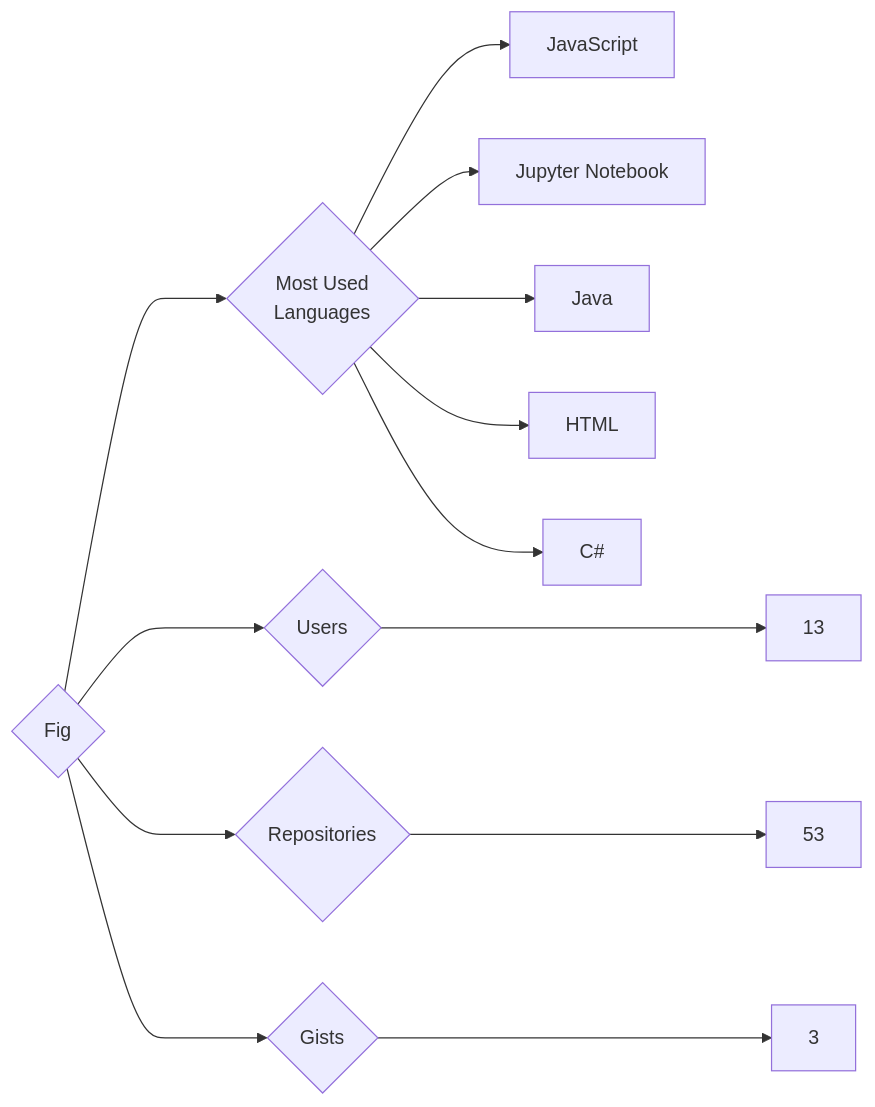
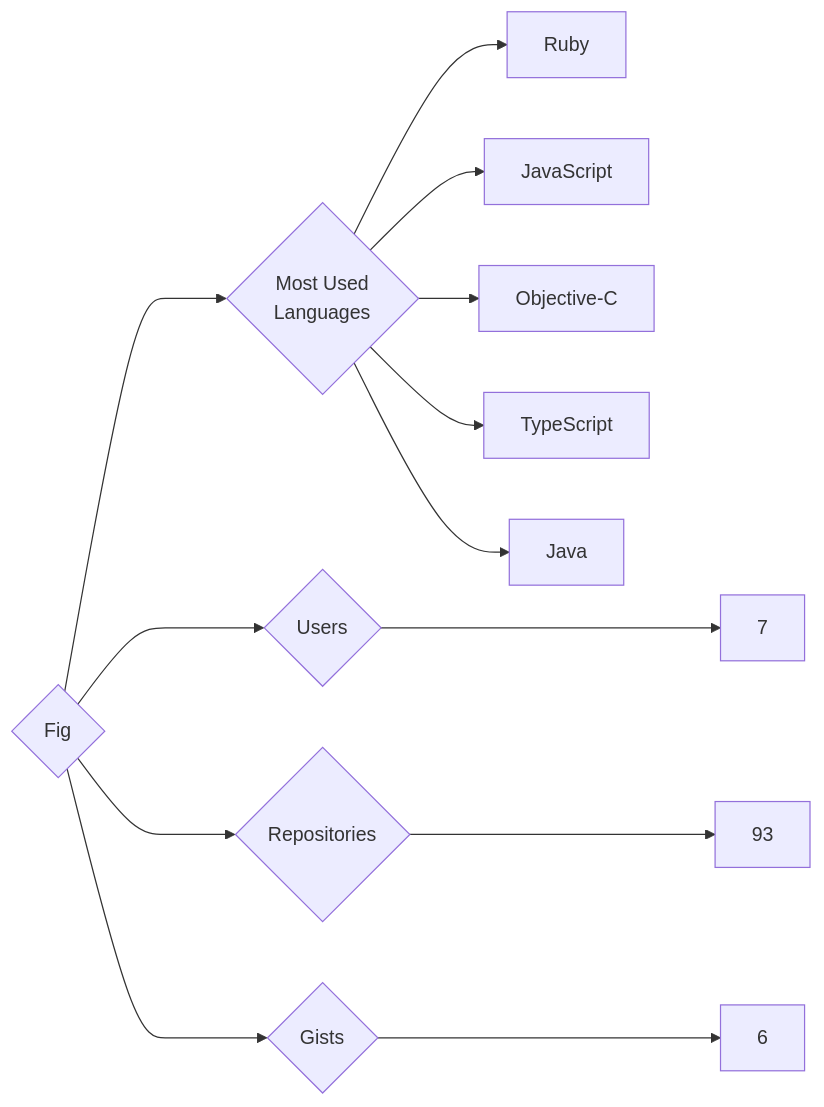
Before and after one commit to trickest/insiders: the diagram in targets/Fig/README.md, drawn with Mermaid. The commit also changed 750 other files, not shown here.

````diff
--- a/targets/Fig/README.md
+++ b/targets/Fig/README.md
@@ -3,13 +3,13 @@
 ```mermaid
 graph LR
 COMPANY_NAME{Fig}
-COMPANY_NAME ---> U{Users} ---> UN[13]
-COMPANY_NAME ---> R{Repositories} ---> RN[53]
-COMPANY_NAME ---> G{Gists} ---> GN[3]
+COMPANY_NAME ---> U{Users} ---> UN[7]
+COMPANY_NAME ---> R{Repositories} ---> RN[93]
+COMPANY_NAME ---> G{Gists} ---> GN[6]
 COMPANY_NAME ---> ML{Most Used<br>Languages}
+ML --> Ruby[Ruby]
 ML --> JavaScript[JavaScript]
-ML --> Jupyter_Notebook[Jupyter Notebook]
+ML --> Objective-C[Objective-C]
+ML --> TypeScript[TypeScript]
 ML --> Java[Java]
-ML --> HTML[HTML]
-ML --> C#[C#]
 ```
````
